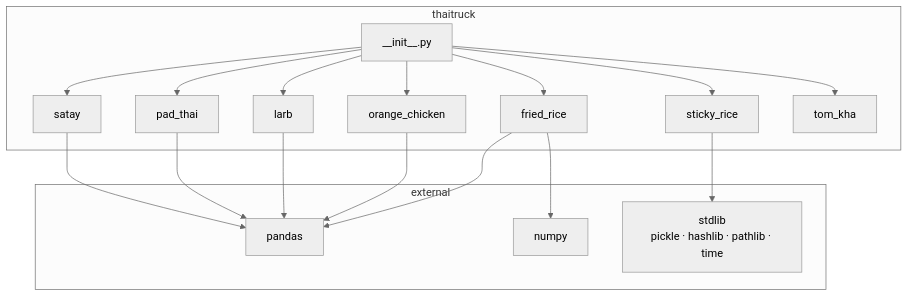
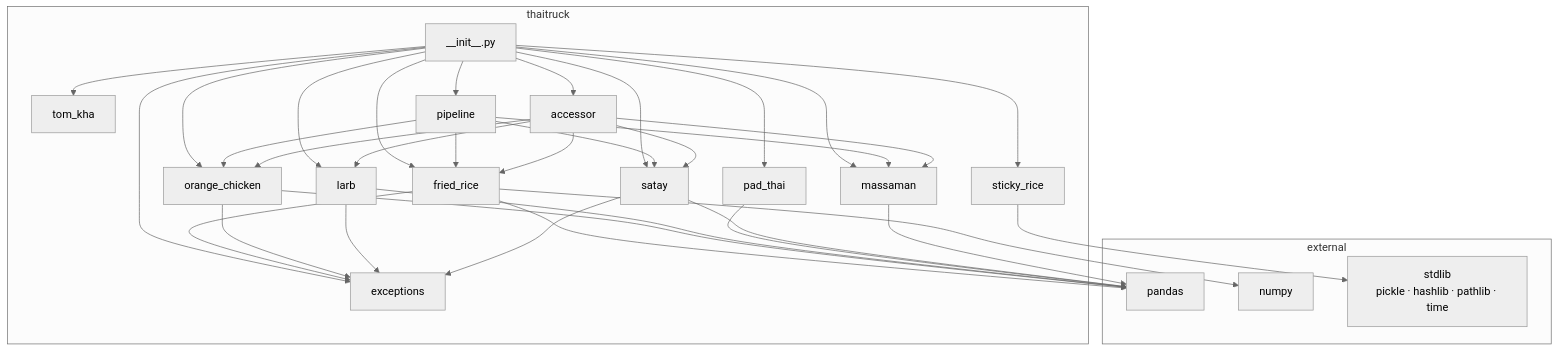
One commit to sgtidwellgit/ThaiTruck changed the first of 4 diagrams in ARCHITECTURE.md. Above: the diagram before and after it, drawn with Mermaid (neutral theme). The commit also changed other lines of this file and 15 other files, not shown here.

First line of the commit message:
Add massaman, TruckPipeline, df.truck accessor, and custom exceptions

````diff
--- a/ARCHITECTURE.md
+++ b/ARCHITECTURE.md
@@ -45,35 +64,59 @@
 ```mermaid
 graph TD
     subgraph thaitruck
         FR[fried_rice]
         OC[orange_chicken]
         LB[larb]
         PT[pad_thai]
         SR[sticky_rice]
         ST[satay]
         TK[tom_kha]
+        MM[massaman]
+        EX[exceptions]
+        PIPE[pipeline]
+        ACC[accessor]
         INIT[__init__.py]
     end
 
     subgraph external
         PD[pandas]
         NP[numpy]
         SL[stdlib<br/>pickle · hashlib · pathlib · time]
     end
 
     INIT --> FR
     INIT --> OC
     INIT --> LB
     INIT --> PT
     INIT --> SR
     INIT --> ST
     INIT --> TK
+    INIT --> MM
+    INIT --> EX
+    INIT --> PIPE
+    INIT --> ACC
 
     FR --> PD
     FR --> NP
+    FR --> EX
     OC --> PD
+    OC --> EX
     LB --> PD
+    LB --> EX
     PT --> PD
     SR --> SL
     ST --> PD
+    ST --> EX
+    MM --> PD
+
+    PIPE --> FR
+    PIPE --> OC
+    PIPE --> ST
+    PIPE --> MM
+
+    ACC --> FR
+    ACC --> OC
+    ACC --> LB
+    ACC --> ST
+    ACC --> MM
 ```
````
